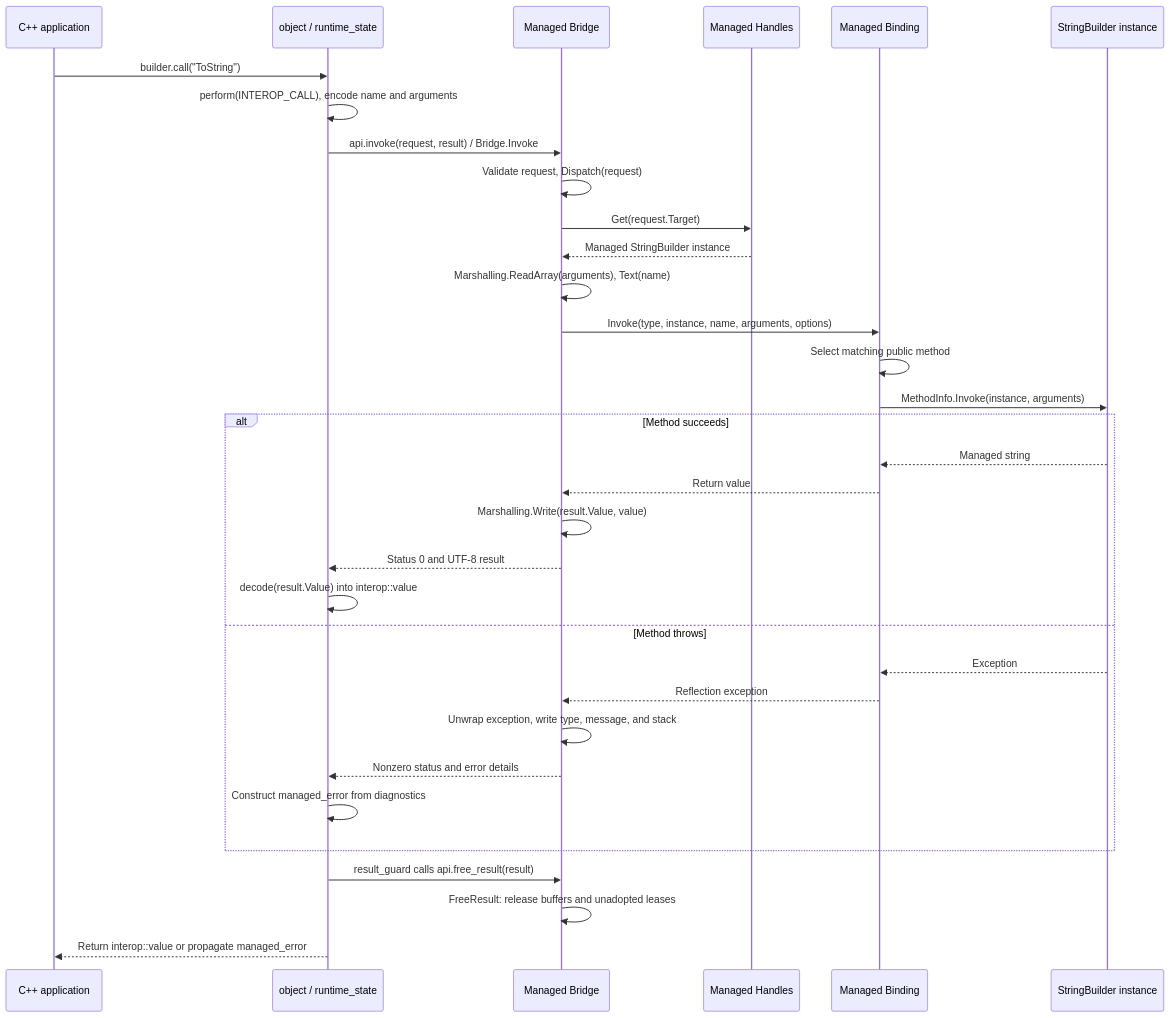
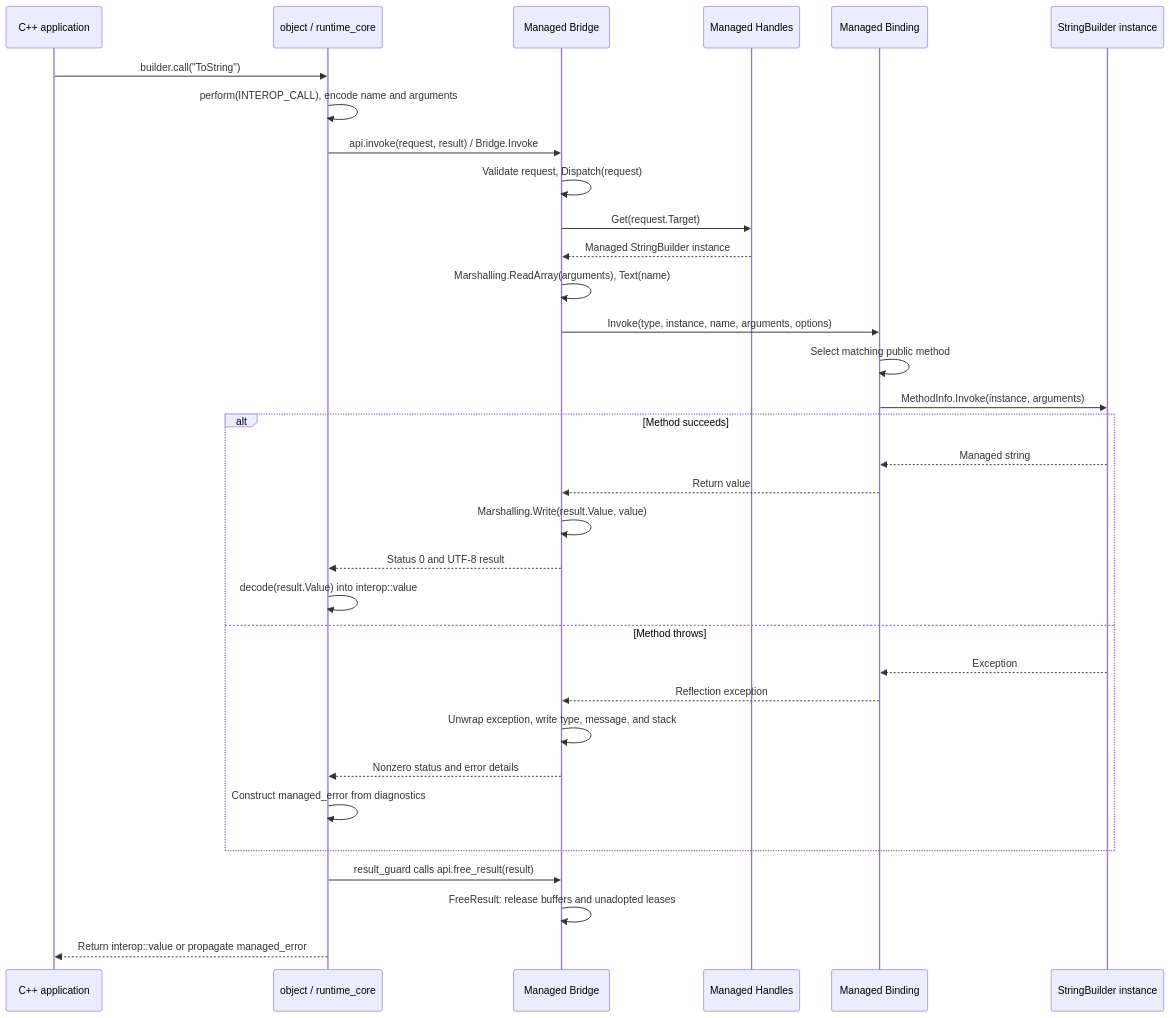
One commit to thms0x/hostfxr-interop changed the fourth of 4 diagrams in unmanaged_to_managed/README.md. Above: the diagram before and after it, drawn with Mermaid. The commit also changed other lines of this file and 11 other files, not shown here.

````diff
--- a/unmanaged_to_managed/README.md
+++ b/unmanaged_to_managed/README.md
@@ -244,35 +244,35 @@
 ```mermaid
 sequenceDiagram
     participant App as C++ application
-    participant Native as object / runtime_state
+    participant Native as object / runtime_core
     participant Bridge as Managed Bridge
     participant Handles as Managed Handles
     participant Binding as Managed Binding
     participant Target as StringBuilder instance
     App->>Native: builder.call("ToString")
     Native->>Native: perform(INTEROP_CALL), encode name and arguments
     Native->>Bridge: api.invoke(request, result) / Bridge.Invoke
     Bridge->>Bridge: Validate request, Dispatch(request)
     Bridge->>Handles: Get(request.Target)
     Handles-->>Bridge: Managed StringBuilder instance
     Bridge->>Bridge: Marshalling.ReadArray(arguments), Text(name)
     Bridge->>Binding: Invoke(type, instance, name, arguments, options)
     Binding->>Binding: Select matching public method
     Binding->>Target: MethodInfo.Invoke(instance, arguments)
     alt Method succeeds
         Target-->>Binding: Managed string
         Binding-->>Bridge: Return value
         Bridge->>Bridge: Marshalling.Write(result.Value, value)
         Bridge-->>Native: Status 0 and UTF-8 result
         Native->>Native: decode(result.Value) into interop::value
     else Method throws
         Target-->>Binding: Exception
         Binding-->>Bridge: Reflection exception
         Bridge->>Bridge: Unwrap exception, write type, message, and stack
         Bridge-->>Native: Nonzero status and error details
         Native->>Native: Construct managed_error from diagnostics
     end
     Native->>Bridge: result_guard calls api.free_result(result)
     Bridge->>Bridge: FreeResult: release buffers and unadopted leases
     Native-->>App: Return interop::value or propagate managed_error
 ```
````
